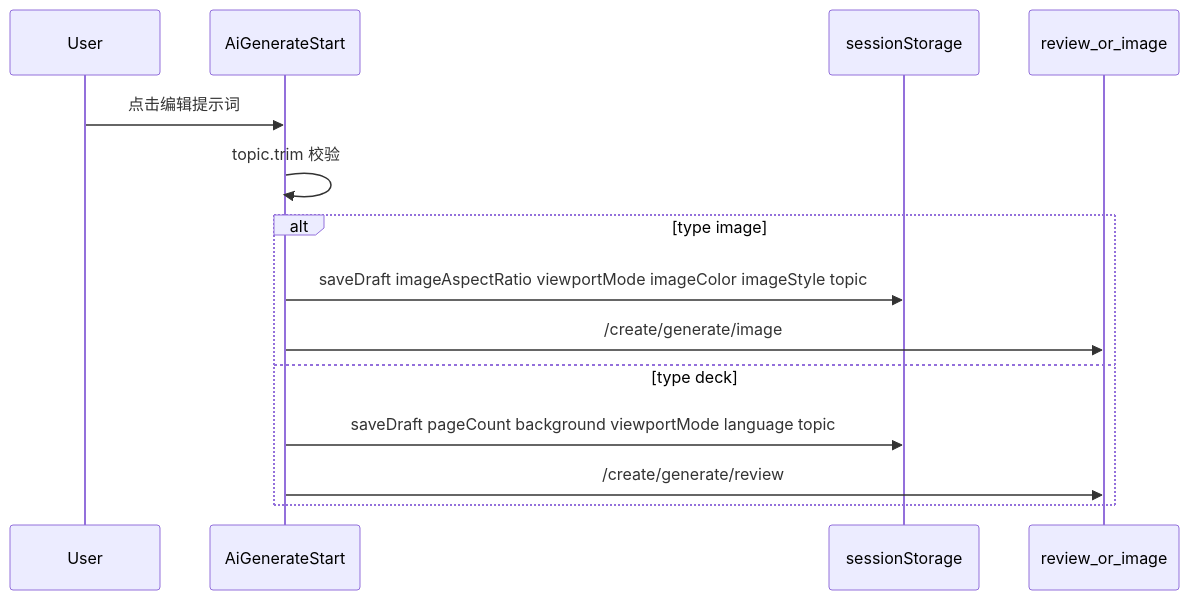
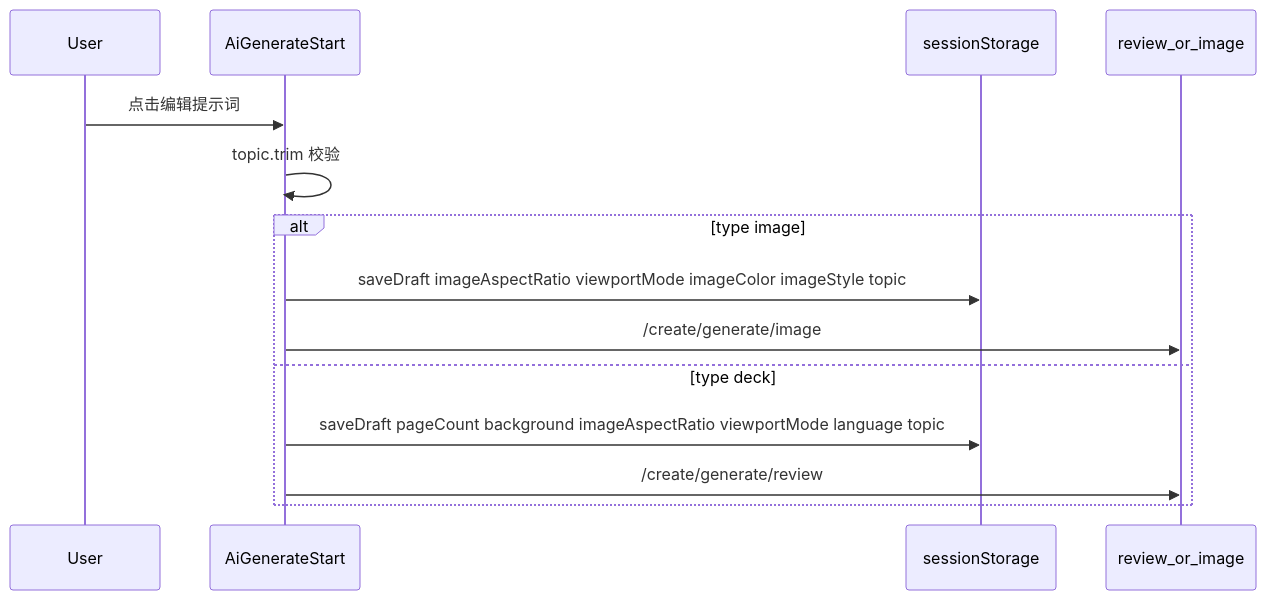
Before and after one commit to Peng525/AI_H5_Platform: the second of 2 diagrams in docs/生成页组件与开发逻辑.md, drawn with Mermaid. The commit also changed other lines of this file and 38 other files, not shown here.

````diff
--- a/docs/生成页组件与开发逻辑.md
+++ b/docs/生成页组件与开发逻辑.md
@@ -162,17 +167,17 @@
 ```mermaid
 sequenceDiagram
   participant User
   participant Start as AiGenerateStart
   participant Draft as sessionStorage
   participant Next as review_or_image
 
   User->>Start: 点击编辑提示词
   Start->>Start: topic.trim 校验
   alt type image
     Start->>Draft: saveDraft imageAspectRatio viewportMode imageColor imageStyle topic
     Start->>Next: /create/generate/image
   else type deck
-    Start->>Draft: saveDraft pageCount background viewportMode language topic
+    Start->>Draft: saveDraft pageCount background imageAspectRatio viewportMode language topic
     Start->>Next: /create/generate/review
   end
 ```
````
